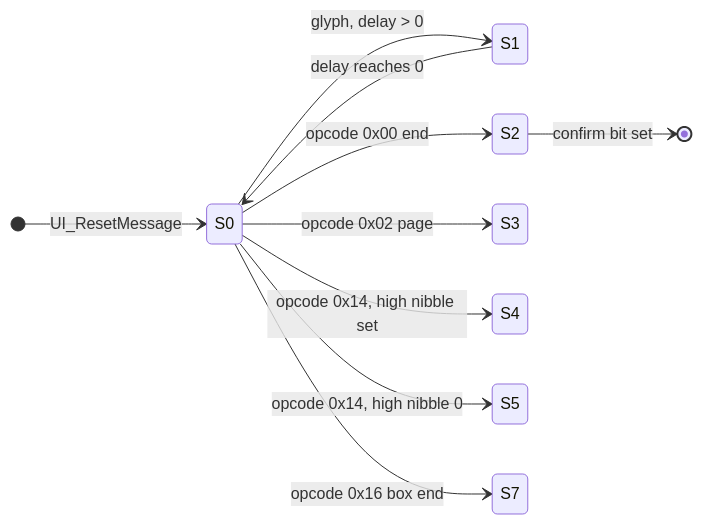
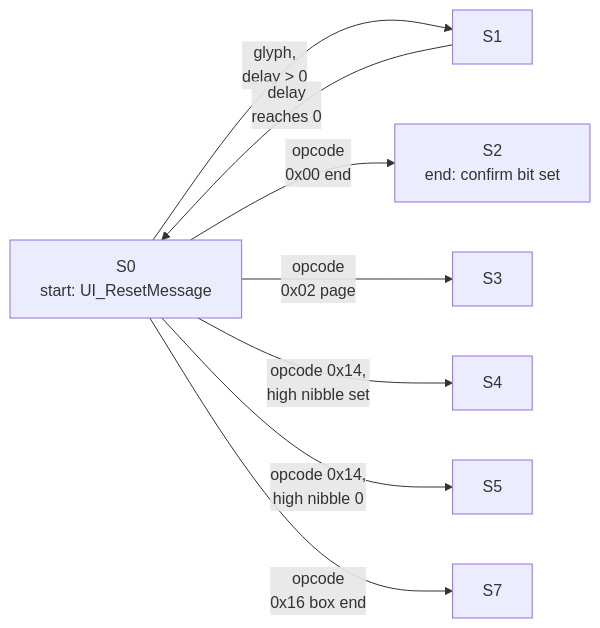
The second of 2 diagrams in src/content/docs/systems/ui.md (raulcorreia7/bof3-wiki), drawn with Mermaid before and after one commit. The commit also changed 13 other files, not shown here.

Commit message:
docs: redraw the diagrams to fit the page column at full text size

````diff
--- a/src/content/docs/systems/ui.md
+++ b/src/content/docs/systems/ui.md
@@ -57,13 +57,11 @@
 ```mermaid
-stateDiagram-v2
-    direction LR
-    [*] --> S0: UI_ResetMessage
-    S0 --> S1: glyph, delay > 0
-    S1 --> S0: delay reaches 0
-    S0 --> S2: opcode 0x00 end
-    S0 --> S3: opcode 0x02 page
-    S0 --> S4: opcode 0x14, high nibble set
-    S0 --> S5: opcode 0x14, high nibble 0
-    S0 --> S7: opcode 0x16 box end
-    S2 --> [*]: confirm bit set
+flowchart LR
+    S0["S0<br/>start: UI_ResetMessage"]
+    S0 -->|"glyph,<br/>delay > 0"| S1["S1"]
+    S1 -->|"delay<br/>reaches 0"| S0
+    S0 -->|"opcode<br/>0x00 end"| S2["S2<br/>end: confirm bit set"]
+    S0 -->|"opcode<br/>0x02 page"| S3["S3"]
+    S0 -->|"opcode 0x14,<br/>high nibble set"| S4["S4"]
+    S0 -->|"opcode 0x14,<br/>high nibble 0"| S5["S5"]
+    S0 -->|"opcode<br/>0x16 box end"| S7["S7"]
 ```
````
